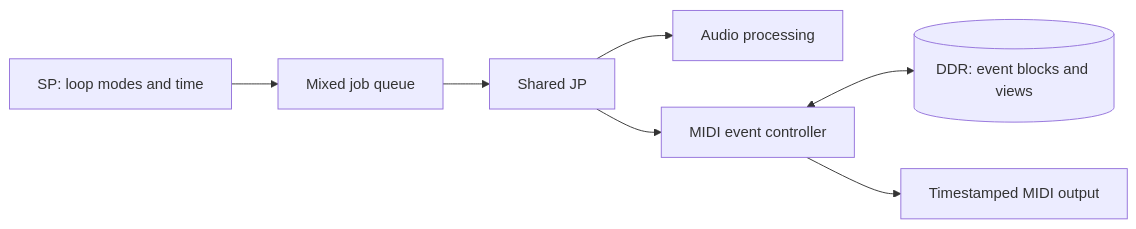
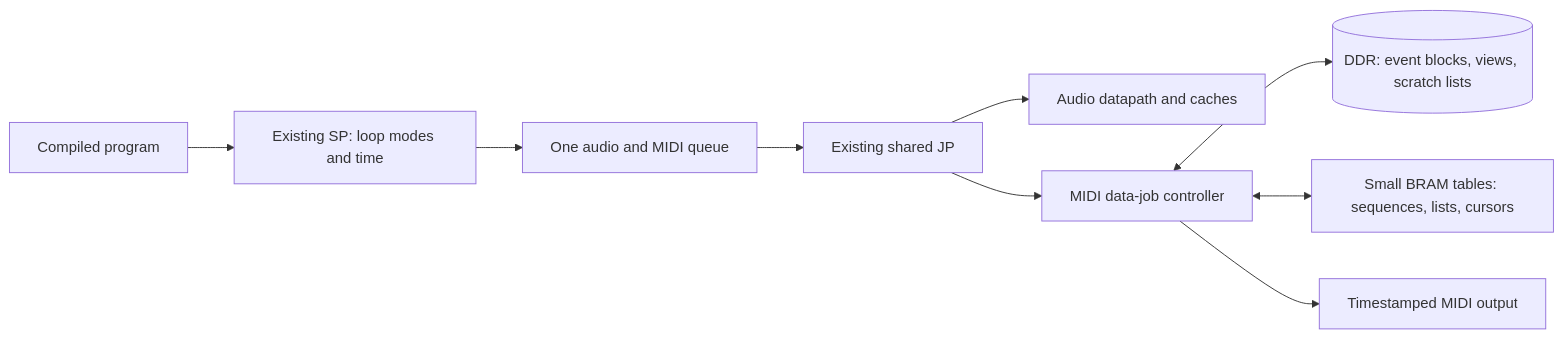
The diagram in fpga/midi/README.md (SanderVocke/shoopdaloop), drawn with Mermaid before and after one commit. The commit also changed other lines of this file and 52 other files, not shown here.

Commit message:
Implement event-only MIDI RTL as shared SP/JP data jobs

````diff
--- a/fpga/midi/README.md
+++ b/fpga/midi/README.md
@@ -12,9 +8,11 @@
 ```mermaid
 flowchart LR
-    SP[SP: loop modes and time] --> Q[Mixed job queue]
-    Q --> JP[Shared JP]
-    JP --> A[Audio processing]
-    JP --> M[MIDI event controller]
-    M <--> D[(DDR: event blocks and views)]
+    P[Compiled program] --> SP[Existing SP: loop modes and time]
+    SP --> Q[One audio and MIDI queue]
+    Q --> JP[Existing shared JP]
+    JP --> A[Audio datapath and caches]
+    JP --> M[MIDI data-job controller]
+    M <--> D[(DDR: event blocks, views, scratch lists)]
+    M <--> B[Small BRAM tables: sequences, lists, cursors]
     M --> O[Timestamped MIDI output]
 ```
````
